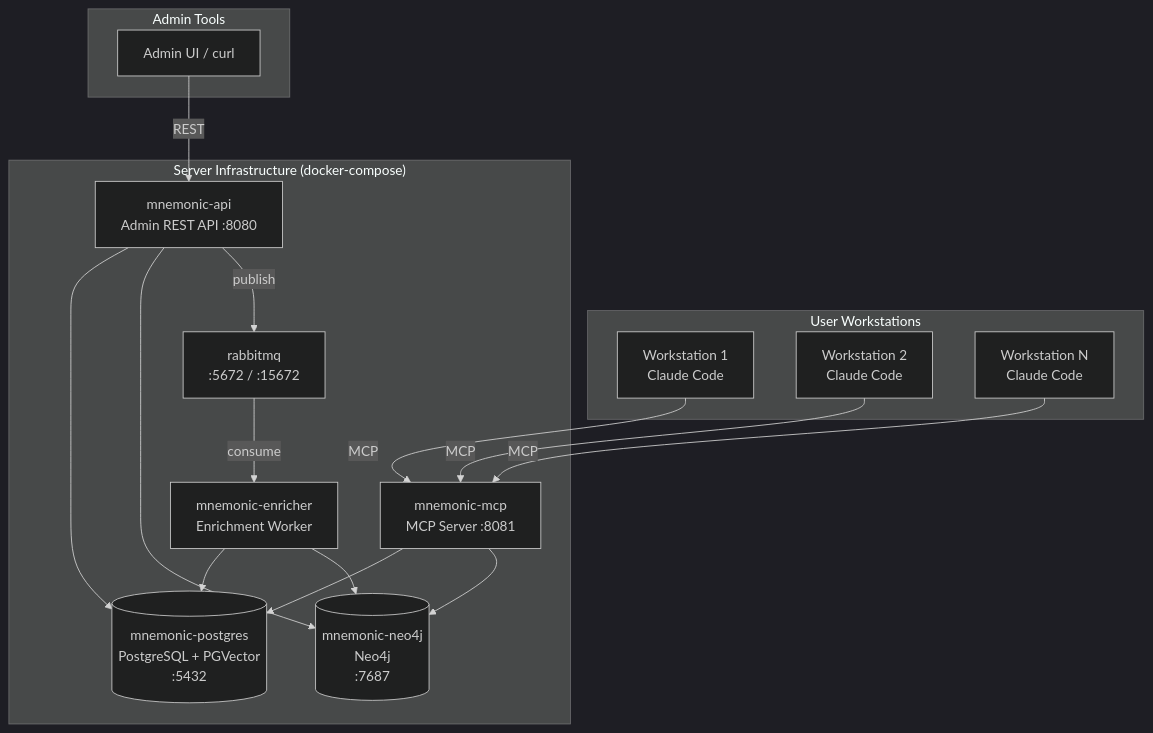
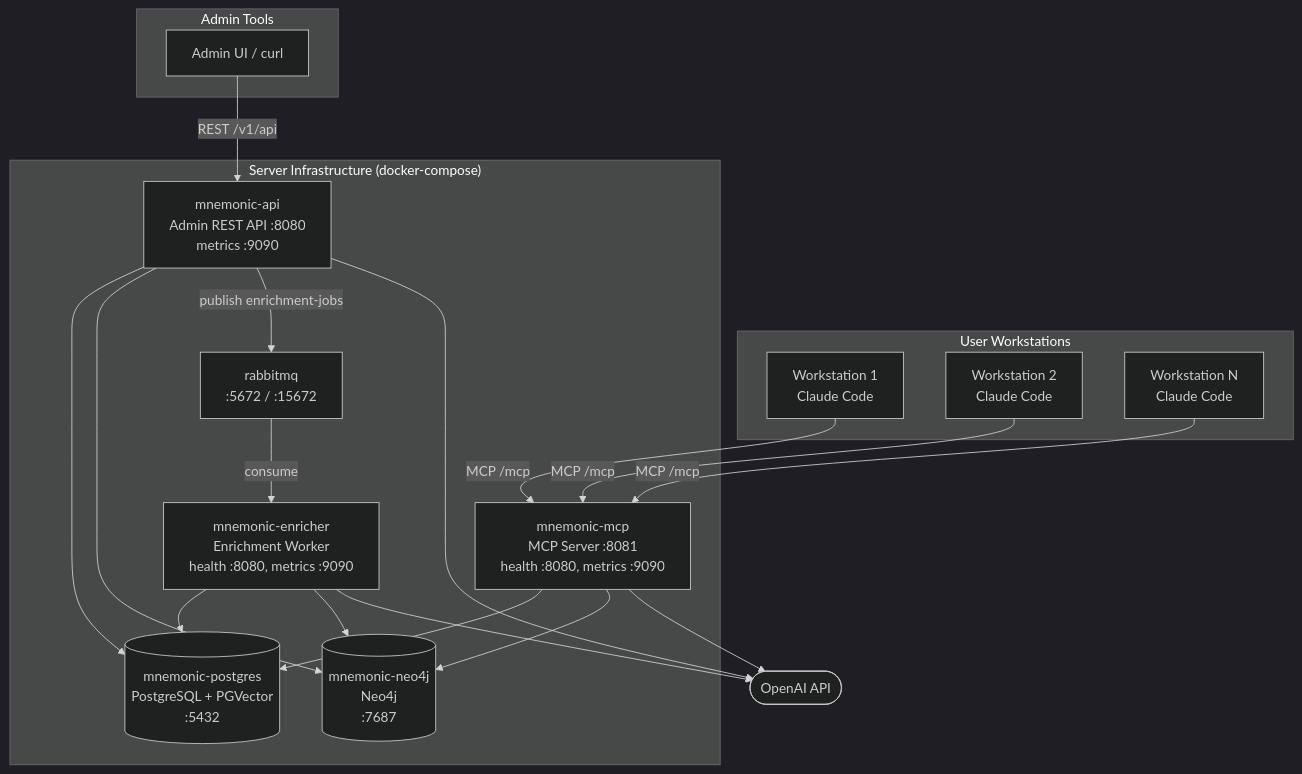
One commit to twistingmercury/mnemonic-docs changed the first of 5 diagrams in docs/architecture/system/06-deployment-architecture.md. Above: the diagram before and after it, drawn with Mermaid (dark theme). The commit also changed other lines of this file and 41 other files, not shown here.

````diff
--- a/docs/architecture/system/06-deployment-architecture.md
+++ b/docs/architecture/system/06-deployment-architecture.md
@@ -25,34 +36,37 @@
 ```mermaid
 graph TB
     subgraph "User Workstations"
         WS1[Workstation 1<br/>Claude Code]
         WS2[Workstation 2<br/>Claude Code]
         WS3[Workstation N<br/>Claude Code]
     end
 
     subgraph "Admin Tools"
         ADMIN[Admin UI / curl]
     end
 
     subgraph "Server Infrastructure (docker-compose)"
-        MCP[mnemonic-mcp<br/>MCP Server :8081]
-        API[mnemonic-api<br/>Admin REST API :8080]
-        ENRICHER[mnemonic-enricher<br/>Enrichment Worker]
+        MCP[mnemonic-mcp<br/>MCP Server :8081<br/>health :8080, metrics :9090]
+        API[mnemonic-api<br/>Admin REST API :8080<br/>metrics :9090]
+        ENRICHER[mnemonic-enricher<br/>Enrichment Worker<br/>health :8080, metrics :9090]
         RMQ[rabbitmq<br/>:5672 / :15672]
         PG[(mnemonic-postgres<br/>PostgreSQL + PGVector<br/>:5432)]
         NEO[(mnemonic-neo4j<br/>Neo4j<br/>:7687)]
     end
 
-    WS1 -->|"MCP"| MCP
-    WS2 -->|"MCP"| MCP
-    WS3 -->|"MCP"| MCP
-    ADMIN -->|"REST"| API
+    OAI([OpenAI API])
+
+    WS1 -->|"MCP /mcp"| MCP
+    WS2 -->|"MCP /mcp"| MCP
+    WS3 -->|"MCP /mcp"| MCP
+    ADMIN -->|"REST /v1/api"| API
     MCP --> PG
     MCP --> NEO
     API --> PG
     API --> NEO
-    API -->|"publish"| RMQ
+    API -->|"publish enrichment-jobs"| RMQ
     RMQ -->|"consume"| ENRICHER
     ENRICHER --> PG
     ENRICHER --> NEO
+    MCP & API & ENRICHER --> OAI
 ```
````
